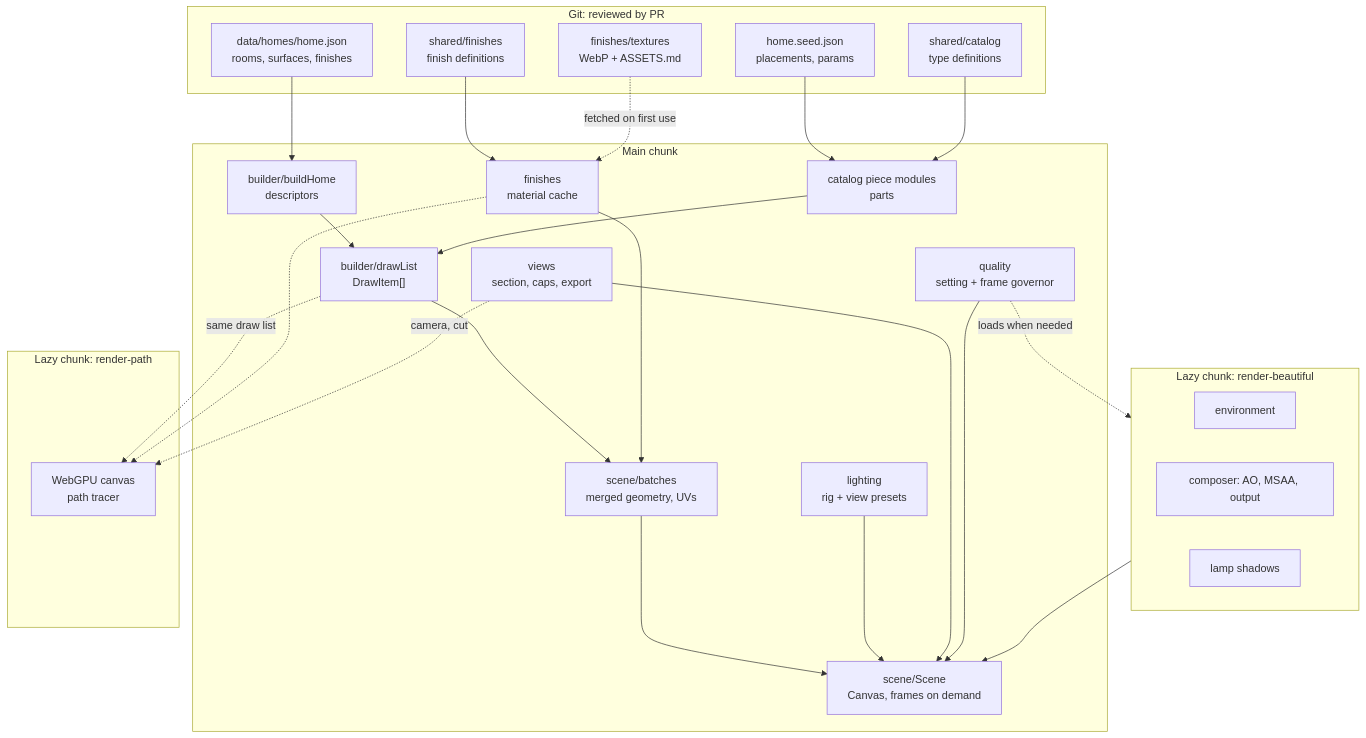
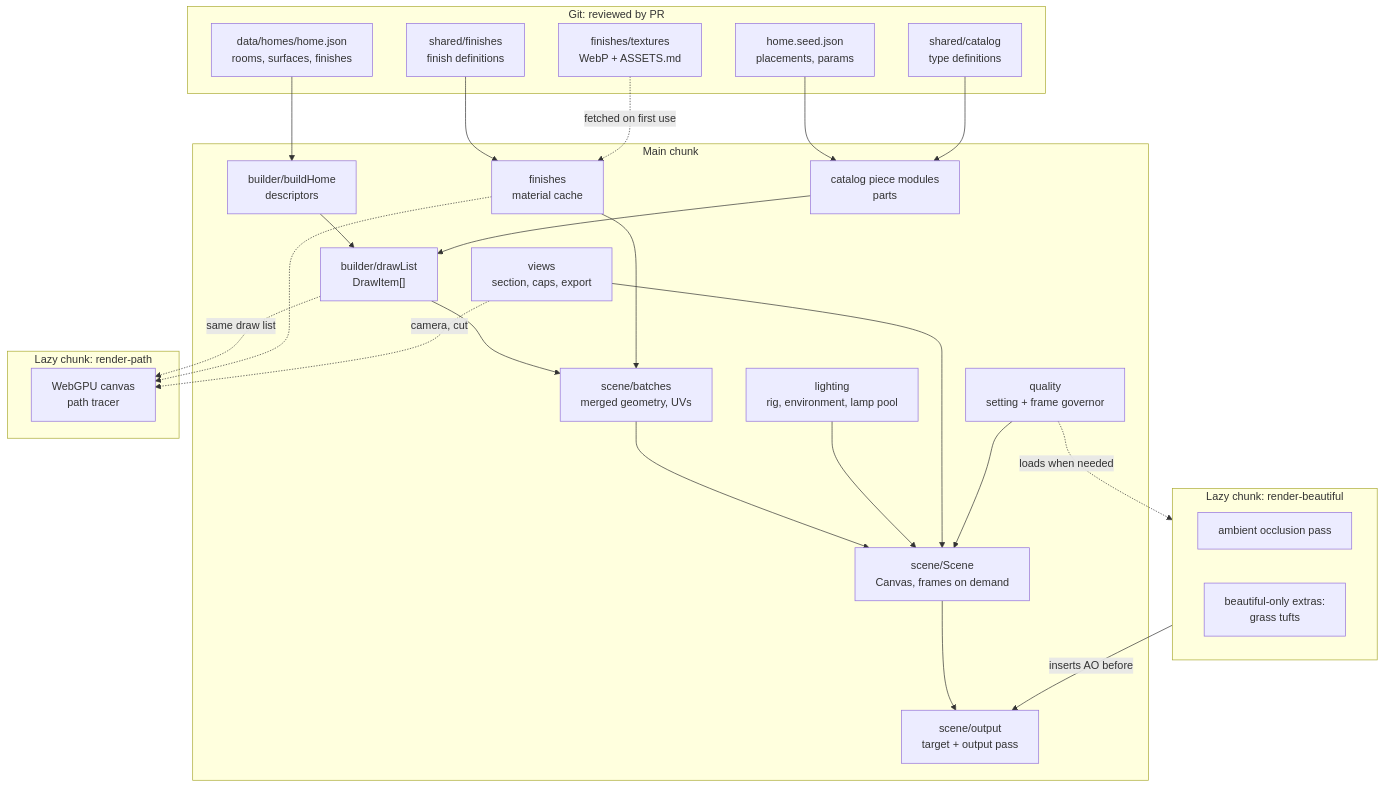
Before and after one commit to NNTin/my-home: the second of 6 diagrams in docs/design/realistic-render.md, drawn with Mermaid. The commit also changed other lines of this file, not shown here.

````diff
--- a/docs/design/realistic-render.md
+++ b/docs/design/realistic-render.md
@@ -216,51 +222,52 @@
 ```mermaid
 flowchart TB
     subgraph git["Git: reviewed by PR"]
         HOME["data/homes/home.json<br/>rooms, surfaces, finishes"]
         SEED["home.seed.json<br/>placements, params"]
         FIN["shared/finishes<br/>finish definitions"]
         TYPES["shared/catalog<br/>type definitions"]
         TEX["finishes/textures<br/>WebP + ASSETS.md"]
     end
 
     subgraph main["Main chunk"]
         BUILD["builder/buildHome<br/>descriptors"]
         PIECES["catalog piece modules<br/>parts"]
         DRAW["builder/drawList<br/>DrawItem[]"]
         BATCH["scene/batches<br/>merged geometry, UVs"]
         MAT["finishes<br/>material cache"]
         SCENE["scene/Scene<br/>Canvas, frames on demand"]
         GOV["quality<br/>setting + frame governor"]
-        RIG["lighting<br/>rig + view presets"]
+        RIG["lighting<br/>rig, environment, lamp pool"]
+        OUT["scene/output<br/>target + output pass"]
         VIEWS["views<br/>section, caps, export"]
     end
 
     subgraph lazyB["Lazy chunk: render-beautiful"]
-        ENV["environment"]
-        POST["composer: AO, MSAA, output"]
-        LAMPS["lamp shadows"]
+        AO["ambient occlusion pass"]
+        EXTRAS["beautiful-only extras:<br/>grass tufts"]
     end
 
     subgraph lazyP["Lazy chunk: render-path"]
         PT["WebGPU canvas<br/>path tracer"]
     end
 
     HOME --> BUILD
     SEED --> PIECES
     TYPES --> PIECES
     FIN --> MAT
     TEX -.->|fetched on first use| MAT
     BUILD --> DRAW
     PIECES --> DRAW
     DRAW --> BATCH
     MAT --> BATCH
     BATCH --> SCENE
     RIG --> SCENE
     VIEWS --> SCENE
     GOV --> SCENE
+    SCENE --> OUT
     GOV -.->|loads when needed| lazyB
-    lazyB --> SCENE
+    lazyB -->|inserts AO before| OUT
     DRAW -.->|same draw list| PT
     MAT -.-> PT
     VIEWS -.->|camera, cut| PT
 ```
````
